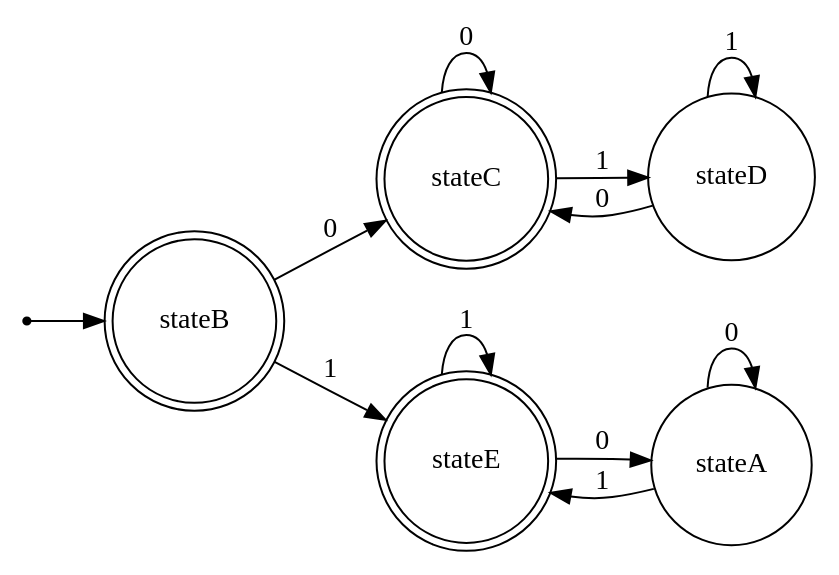
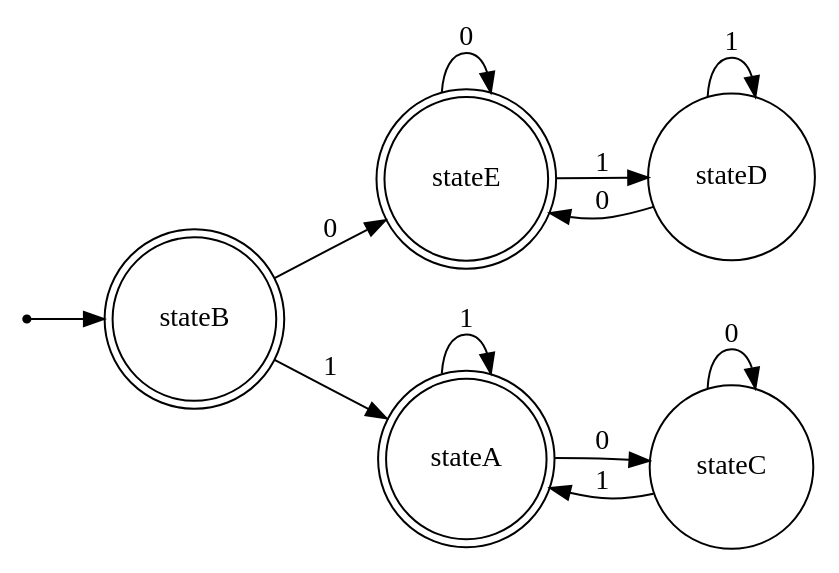
One commit to evgkaptsov/SCI19-3912-Project1-2-Group-17 changed the diagram in data/jsonNFA4.dot. Above: the diagram before and after it, drawn with Graphviz. The commit also changed 9 other files, not shown here.

```diff
--- a/data/jsonNFA4.dot
+++ b/data/jsonNFA4.dot
@@ -1,17 +1,17 @@
 digraph DFA {
     rankdir=LR;
-    node [shape = doublecircle]; stateB stateC stateE ;
+    node [shape = doublecircle]; stateE stateB stateA ;
     node [shape = circle];
     start [shape=point];
     start -> stateB;
-    stateB -> stateC [label="0"];
-    stateB -> stateE [label="1"];
-    stateE -> stateA [label="0"];
-    stateE -> stateE [label="1"];
-    stateA -> stateA [label="0"];
-    stateA -> stateE [label="1"];
+    stateB -> stateE [label="0"];
+    stateB -> stateA [label="1"];
+    stateA -> stateC [label="0"];
+    stateA -> stateA [label="1"];
     stateC -> stateC [label="0"];
-    stateC -> stateD [label="1"];
-    stateD -> stateC [label="0"];
+    stateC -> stateA [label="1"];
+    stateE -> stateE [label="0"];
+    stateE -> stateD [label="1"];
+    stateD -> stateE [label="0"];
     stateD -> stateD [label="1"];
 }
```
